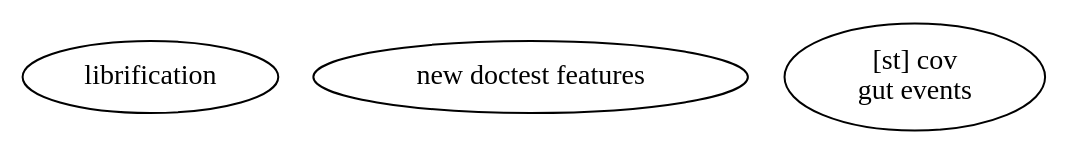
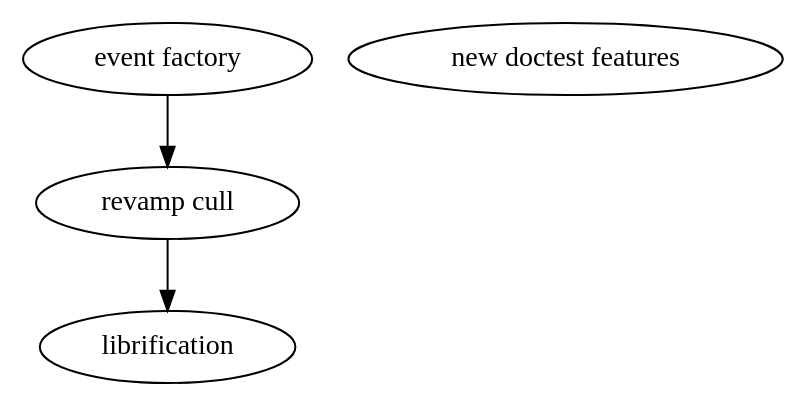
The diagram in doc/the-big-picture-of-now-02.dot (hipe/tmx), drawn with Graphviz before and after one commit. The commit also changed 66 other files, not shown here.

```diff
--- a/doc/the-big-picture-of-now-02.dot
+++ b/doc/the-big-picture-of-now-02.dot
@@ -1,9 +1,13 @@
 digraph {
 
   lib [label="librification"]
 
   dct [label="new doctest features"]
 
-  st_009 [label="[st] cov\ngut events"]
+  ev [label="event factory"]
 
+  cu [label="revamp cull"]
+
+  cu->lib
+  ev->cu
 }
```
